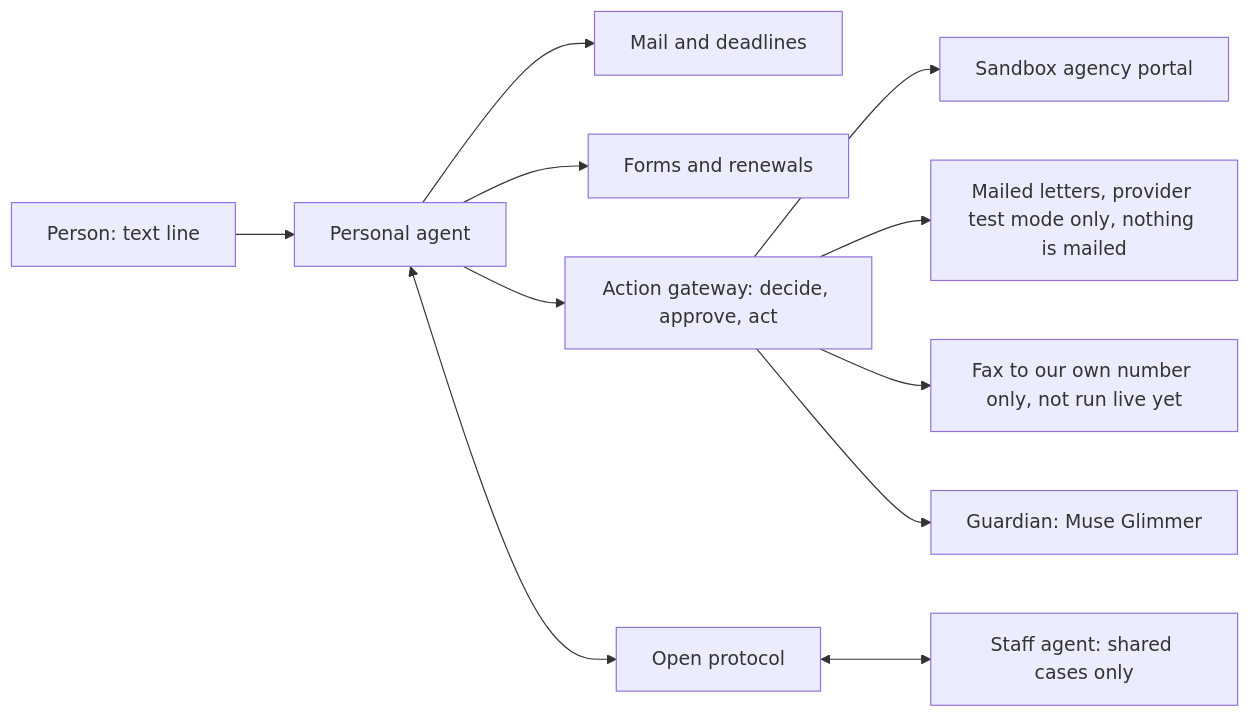
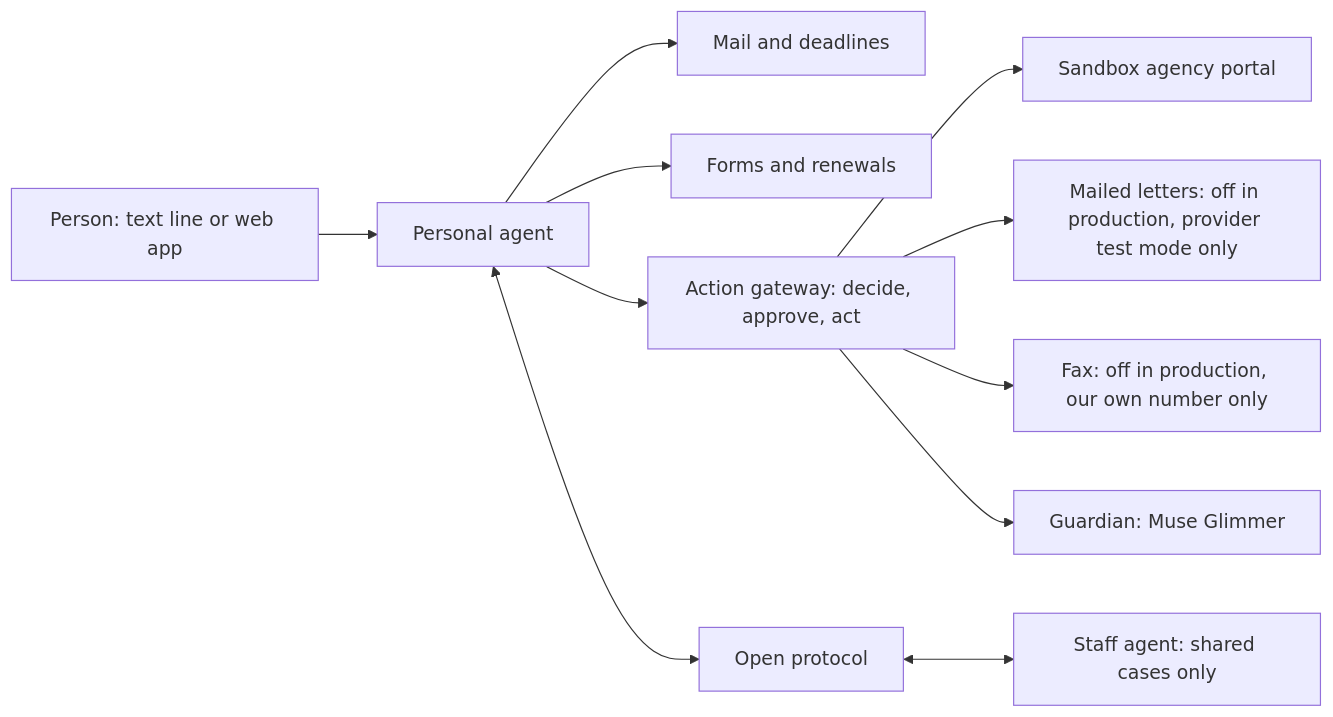
One commit to mrcoven94/mano changed the diagram in README.md. Above: the diagram before and after it, drawn with Mermaid. The commit also changed other lines of this file, not shown here.

````diff
--- a/README.md
+++ b/README.md
@@ -91,13 +93,13 @@
 ```mermaid
 flowchart LR
-    resident[Person: text line] --> agent[Personal agent]
+    resident[Person: text line or web app] --> agent[Personal agent]
     agent --> mail[Mail and deadlines]
     agent --> forms[Forms and renewals]
     agent --> gateway[Action gateway: decide, approve, act]
     gateway --> portal[Sandbox agency portal]
-    gateway --> letters[Mailed letters, provider test mode only, nothing is mailed]
-    gateway --> fax[Fax to our own number only, not run live yet]
+    gateway --> letters[Mailed letters: off in production, provider test mode only]
+    gateway --> fax[Fax: off in production, our own number only]
     agent <--> protocol[Open protocol]
     protocol <--> staff[Staff agent: shared cases only]
     gateway --> guardian[Guardian: Muse Glimmer]
 ```
````
